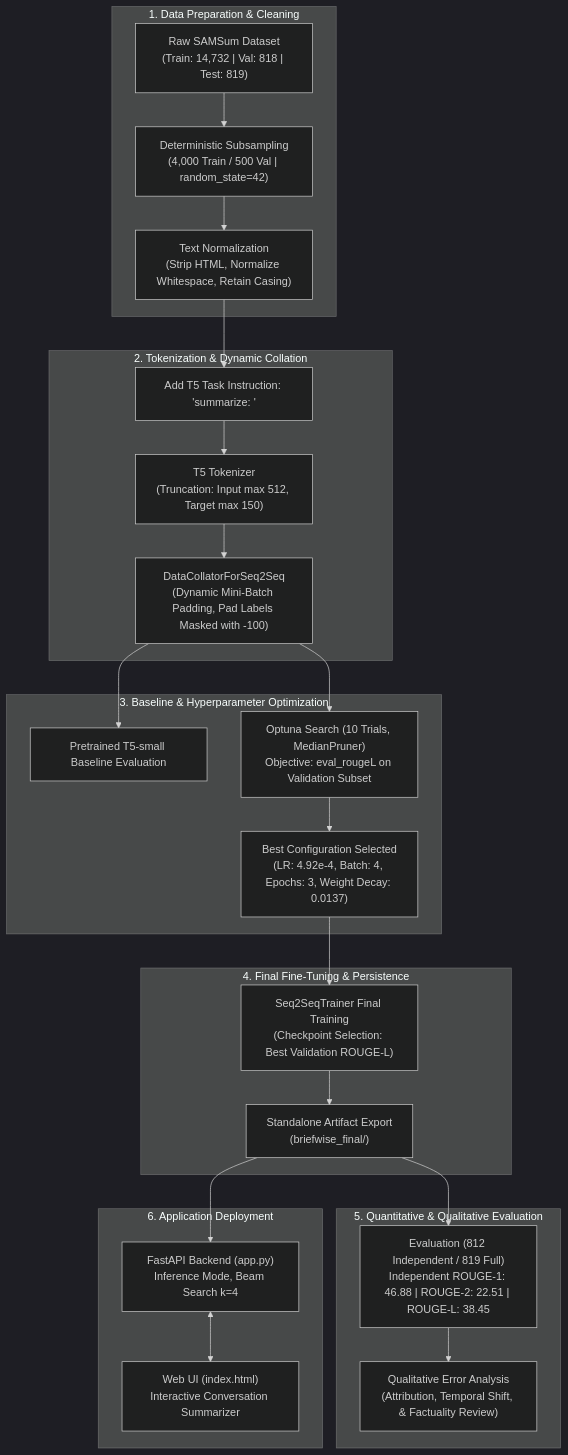
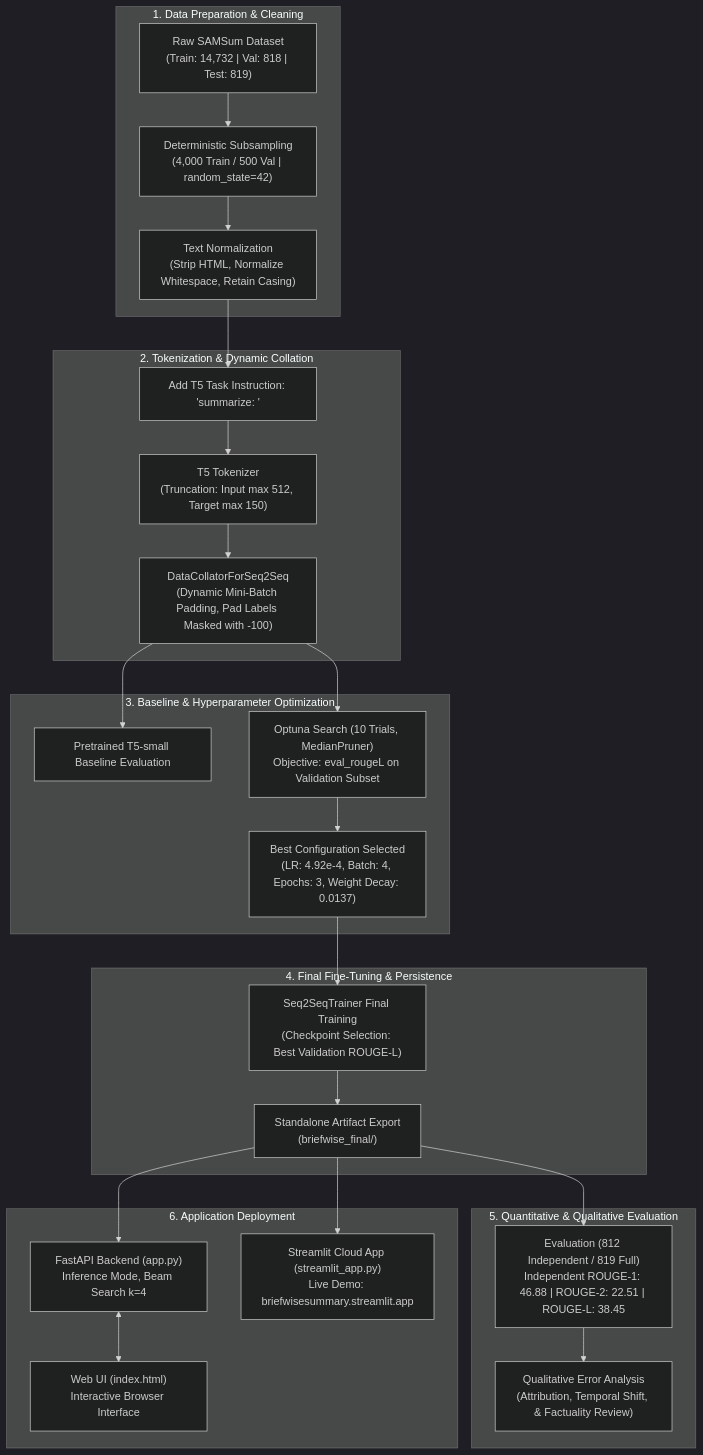
Before and after one commit to kaifbaig/BriefWise: the diagram in README.md, drawn with Mermaid (dark theme). The commit also changed other lines of this file, not shown here.

Commit message:
docs: add live BriefWise demo link

````diff
--- a/README.md
+++ b/README.md
@@ -54,34 +77,35 @@
 ```mermaid
 flowchart TD
     subgraph S1["1. Data Preparation & Cleaning"]
         A["Raw SAMSum Dataset<br>(Train: 14,732 | Val: 818 | Test: 819)"] --> B["Deterministic Subsampling<br>(4,000 Train / 500 Val | random_state=42)"]
         B --> C["Text Normalization<br>(Strip HTML, Normalize Whitespace, Retain Casing)"]
     end
 
     subgraph S2["2. Tokenization & Dynamic Collation"]
         C --> D["Add T5 Task Instruction: 'summarize: '"]
         D --> E["T5 Tokenizer<br>(Truncation: Input max 512, Target max 150)"]
         E --> F["DataCollatorForSeq2Seq<br>(Dynamic Mini-Batch Padding, Pad Labels Masked with -100)"]
     end
 
     subgraph S3["3. Baseline & Hyperparameter Optimization"]
         F --> G["Pretrained T5-small Baseline Evaluation"]
         F --> H["Optuna Search (10 Trials, MedianPruner)<br>Objective: eval_rougeL on Validation Subset"]
         H --> I["Best Configuration Selected<br>(LR: 4.92e-4, Batch: 4, Epochs: 3, Weight Decay: 0.0137)"]
     end
 
     subgraph S4["4. Final Fine-Tuning & Persistence"]
         I --> J["Seq2SeqTrainer Final Training<br>(Checkpoint Selection: Best Validation ROUGE-L)"]
         J --> K["Standalone Artifact Export<br>(briefwise_final/)"]
     end
 
     subgraph S5["5. Quantitative & Qualitative Evaluation"]
         K --> L["Evaluation (812 Independent / 819 Full)<br>Independent ROUGE-1: 46.88 | ROUGE-2: 22.51 | ROUGE-L: 38.45"]
         L --> M["Qualitative Error Analysis<br>(Attribution, Temporal Shift, & Factuality Review)"]
     end
 
     subgraph S6["6. Application Deployment"]
         K --> N["FastAPI Backend (app.py)<br>Inference Mode, Beam Search k=4"]
-        N <--> O["Web UI (index.html)<br>Interactive Conversation Summarizer"]
+        N <--> O["Web UI (index.html)<br>Interactive Browser Interface"]
+        K --> P["Streamlit Cloud App (streamlit_app.py)<br>Live Demo: briefwisesummary.streamlit.app"]
     end
 ```
````
